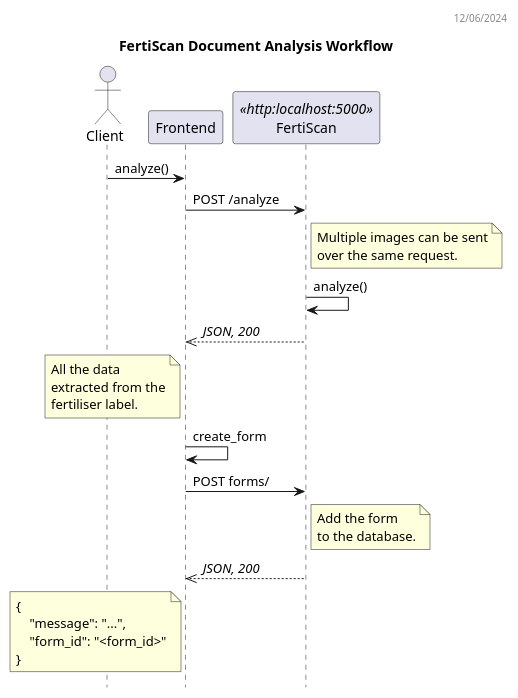
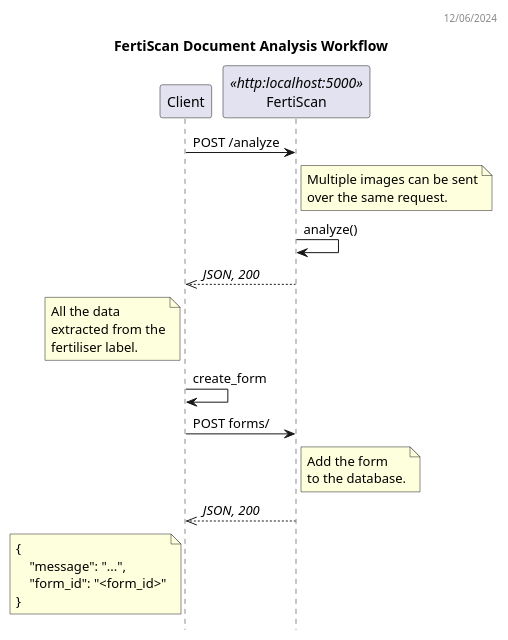
Before and after one commit to ai-cfia/fertiscan-backend: the diagram in docs/workflow_dss.puml, drawn with PlantUML. The commit also changed 6 other files, not shown here.

Commit message:
fix: remove frontend from diagrams

```diff
--- a/docs/workflow_dss.puml
+++ b/docs/workflow_dss.puml
@@ -1,38 +1,36 @@
 @startuml FertiScan Sequence Diagram
 header 12/06/2024
 
 title FertiScan Document Analysis Workflow
 hide empty members
 hide footbox
 
-actor "Client" as C
-participant Frontend as FE
+participant Client as FE
 participant FertiScan as BE <<http:localhost:5000>>
 
-C -> FE: analyze()
 FE -> BE: POST /analyze
 note right BE
   Multiple images can be sent
   over the same request.
 end note
 BE -> BE: analyze()
 FE <<-- BE: //JSON, 200//
 note left FE
   All the data
   extracted from the
   fertiliser label.
 end note
 FE -> FE: create_form
 FE -> BE: POST forms/
 note right BE
   Add the form
   to the database.
 end note
 FE <<-- BE: //JSON, 200//
 note left FE
   {
       "message": "...",
       "form_id": "<form_id>"
   }  
 end note
 @enduml
```
